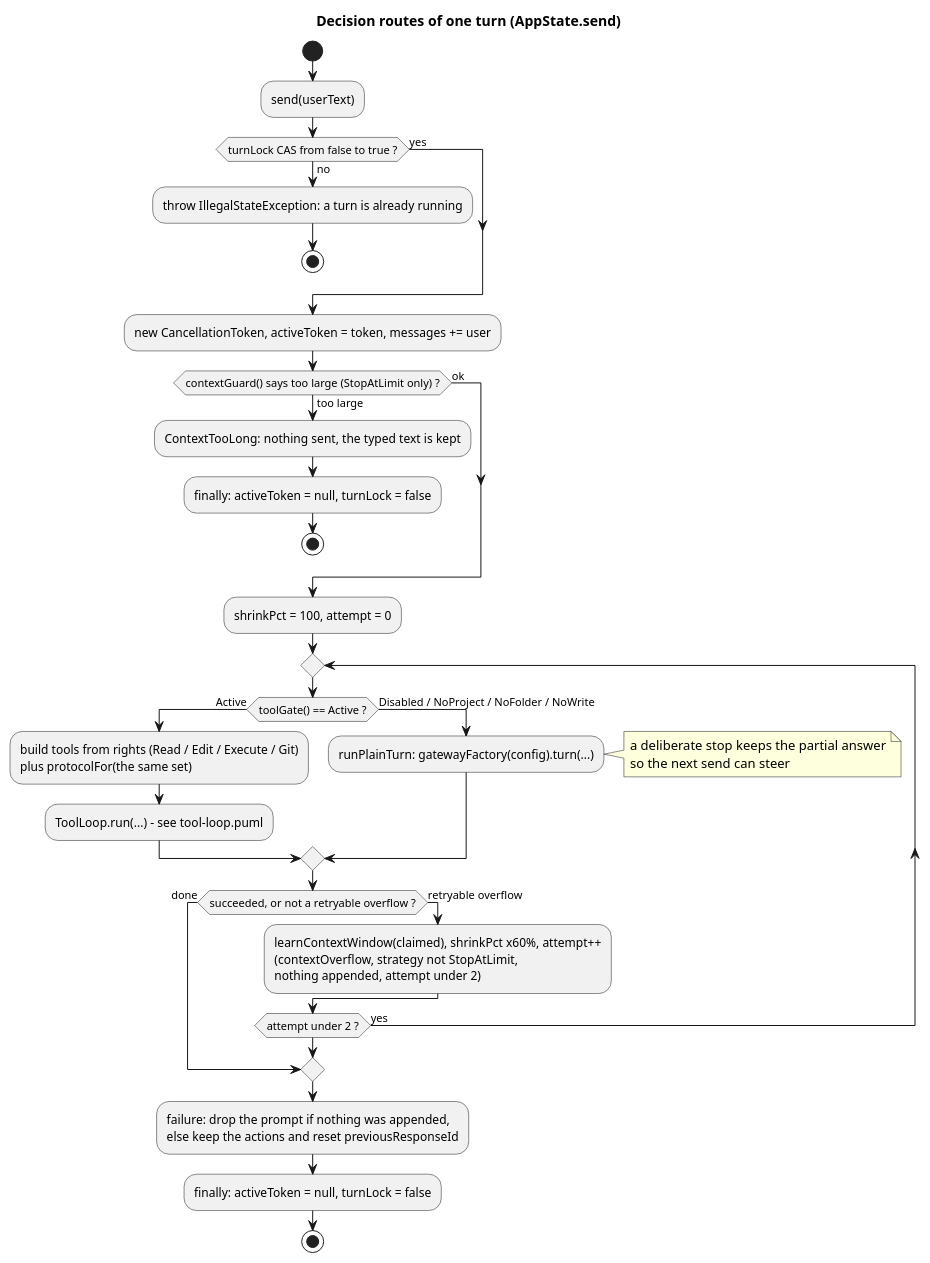
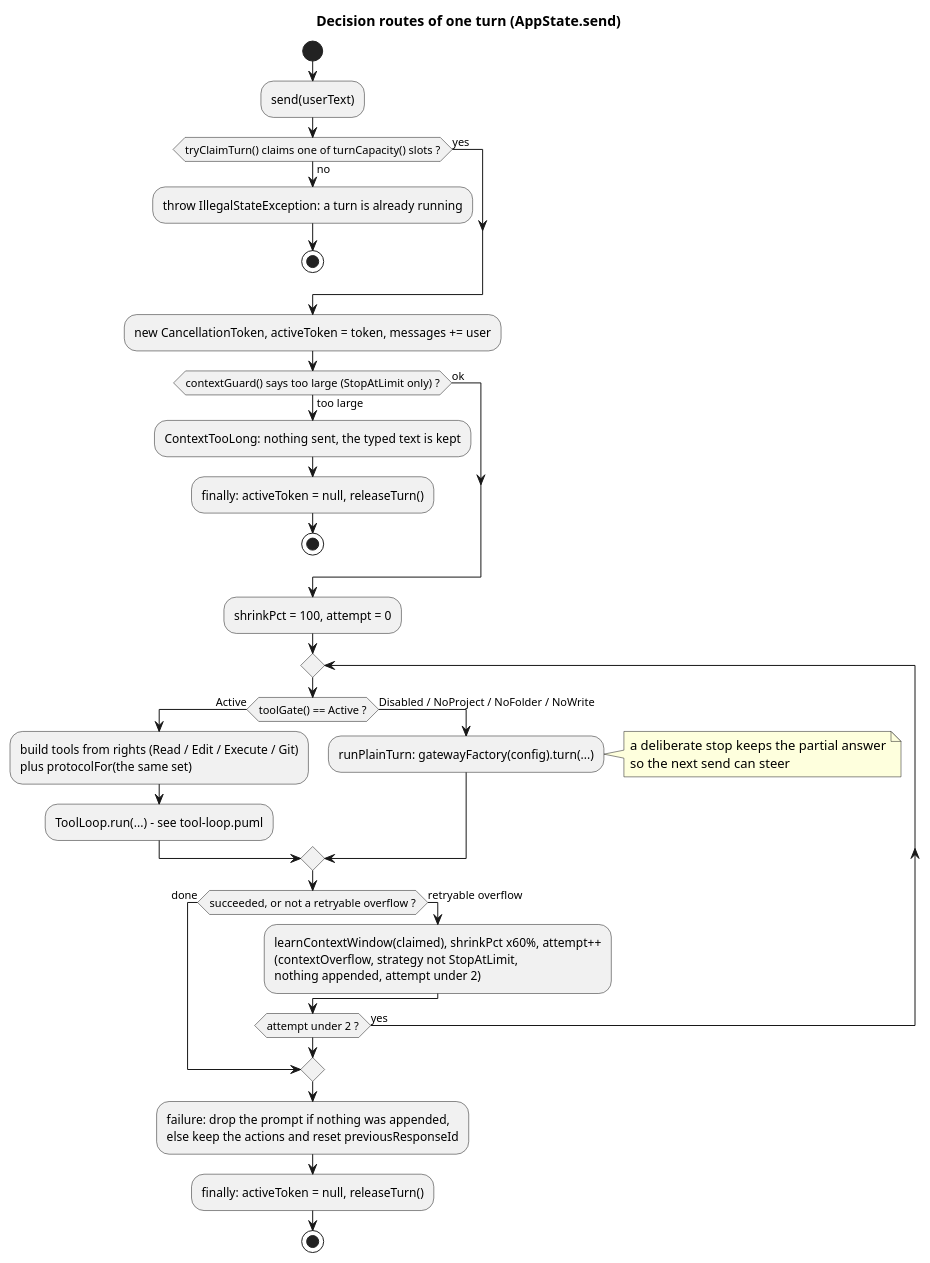
The diagram in Docs/turn-decision.puml (jbrugman/Baudet), drawn with PlantUML before and after one commit. The commit also changed 2 other files, not shown here.

Commit message:
docs: sync PlantUML with activeTurns and CompactionOutcome
turnLock became activeTurns with tryClaimTurn/releaseTurn (turnCapacity). Compaction now returns the CompactionOutcome sum type instead of a raw summary or null. All five diagrams pass plantuml -checkonly.

```diff
--- a/Docs/turn-decision.puml
+++ b/Docs/turn-decision.puml
@@ -1,36 +1,36 @@
 @startuml turn-decision
 title Decision routes of one turn (AppState.send)
 skinparam shadowing false
 start
 :send(userText);
-if (turnLock CAS from false to true ?) then (no)
+if (tryClaimTurn() claims one of turnCapacity() slots ?) then (no)
   :throw IllegalStateException: a turn is already running;
   stop
 else (yes)
 endif
 :new CancellationToken, activeToken = token, messages += user;
 if (contextGuard() says too large (StopAtLimit only) ?) then (too large)
   :ContextTooLong: nothing sent, the typed text is kept;
-  :finally: activeToken = null, turnLock = false;
+  :finally: activeToken = null, releaseTurn();
   stop
 else (ok)
 endif
 :shrinkPct = 100, attempt = 0;
 repeat
   if (toolGate() == Active ?) then (Active)
     :build tools from rights (Read / Edit / Execute / Git)\nplus protocolFor(the same set);
     :ToolLoop.run(...) - see tool-loop.puml;
   else (Disabled / NoProject / NoFolder / NoWrite)
     :runPlainTurn: gatewayFactory(config).turn(...);
     note right: a deliberate stop keeps the partial answer\nso the next send can steer
   endif
   if (succeeded, or not a retryable overflow ?) then (done)
     break
   else (retryable overflow)
     :learnContextWindow(claimed), shrinkPct x60%, attempt++\n(contextOverflow, strategy not StopAtLimit,\nnothing appended, attempt under 2);
   endif
 repeat while (attempt under 2 ?) is (yes)
 :failure: drop the prompt if nothing was appended,\nelse keep the actions and reset previousResponseId;
-:finally: activeToken = null, turnLock = false;
+:finally: activeToken = null, releaseTurn();
 stop
 @enduml
```
